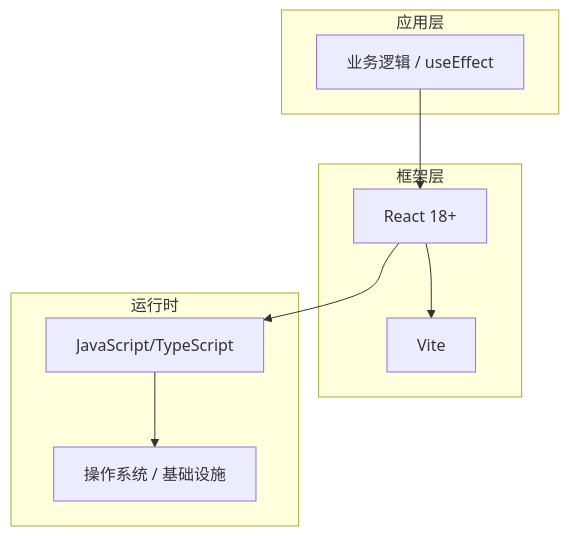
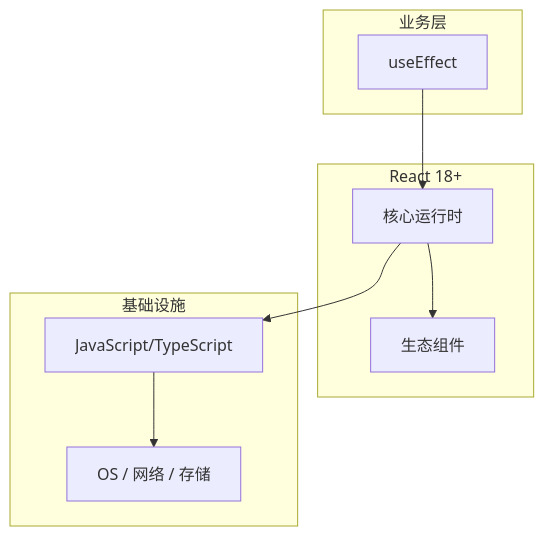
One commit to yanggan2015/knowledge-json-v2 changed the diagram in articles/React/chapters/097-useEffect核心概念与原理.md. Above: the diagram before and after it, drawn with Mermaid. The commit also changed other lines of this file and 10127 other files, not shown here.

````diff
--- a/articles/React/chapters/097-useEffect核心概念与原理.md
+++ b/articles/React/chapters/097-useEffect核心概念与原理.md
@@ -45,18 +34,18 @@
 ```mermaid
 graph TB
-    subgraph 应用层
-        A[业务逻辑 / useEffect]
+    subgraph 业务层
+        A[useEffect]
     end
-    subgraph 框架层
-        B[React 18+]
-        C[Vite]
+    subgraph React 18+
+        B[核心运行时]
+        C[生态组件]
     end
-    subgraph 运行时
+    subgraph 基础设施
         D[JavaScript/TypeScript]
-        E[操作系统 / 基础设施]
+        E[OS / 网络 / 存储]
     end
     A --> B
     B --> C
     B --> D
     D --> E
 ```
````
